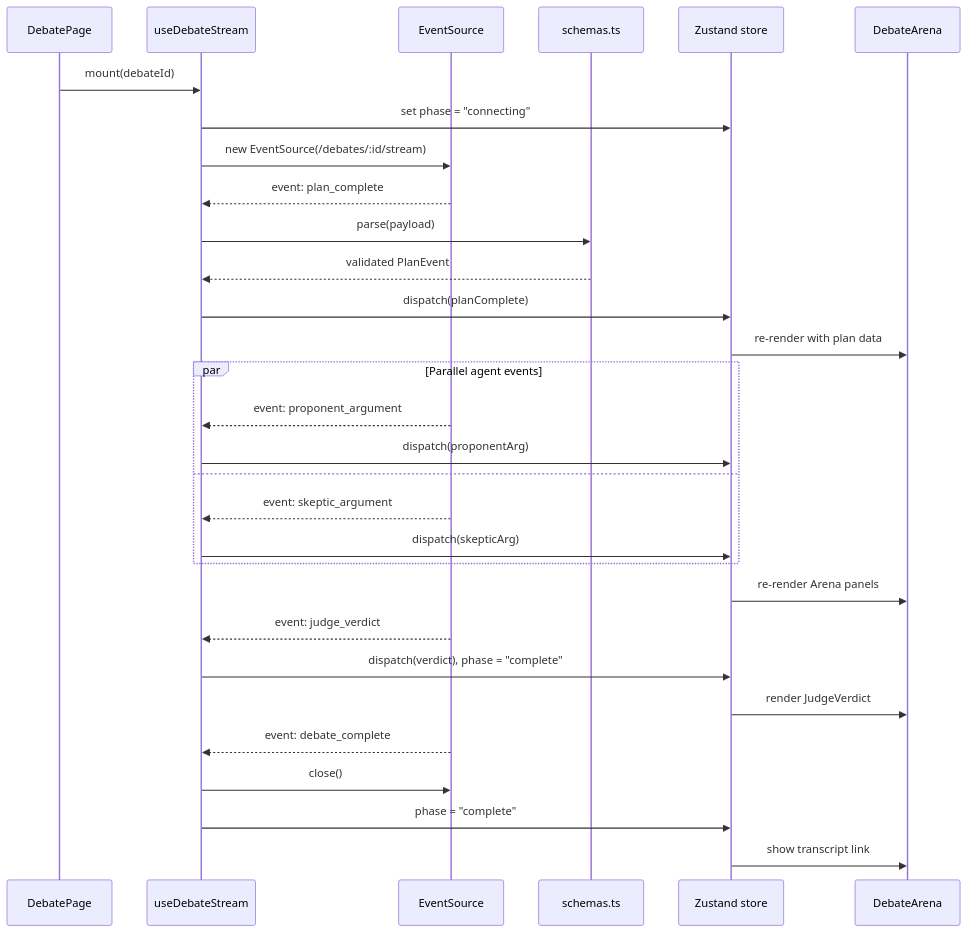
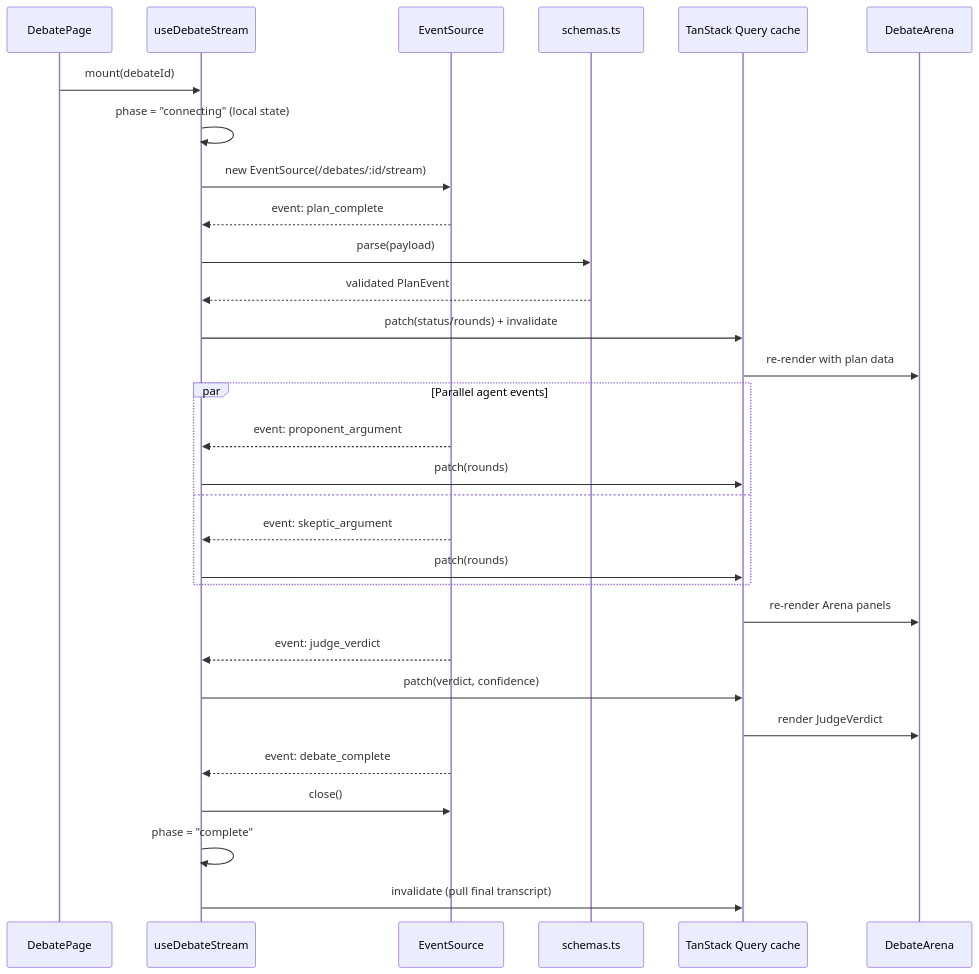
The third of 3 diagrams in docs/ARCHITECTURE.md (Abdul-Muizz1310/paper-trail-frontend), drawn with Mermaid before and after one commit. The commit also changed other lines of this file and 3 other files, not shown here.

First line of the commit message:
docs: describe the real TanStack Query state; drop unused zustand

````diff
--- a/docs/ARCHITECTURE.md
+++ b/docs/ARCHITECTURE.md
@@ -65,37 +65,37 @@
 ```mermaid
 sequenceDiagram
     participant Page as DebatePage
     participant Hook as useDebateStream
     participant ES as EventSource
     participant Zod as schemas.ts
-    participant Store as Zustand store
+    participant Cache as TanStack Query cache
     participant UI as DebateArena
 
     Page->>Hook: mount(debateId)
-    Hook->>Store: set phase = "connecting"
+    Hook->>Hook: phase = "connecting" (local state)
     Hook->>ES: new EventSource(/debates/:id/stream)
 
     ES-->>Hook: event: plan_complete
     Hook->>Zod: parse(payload)
     Zod-->>Hook: validated PlanEvent
-    Hook->>Store: dispatch(planComplete)
-    Store->>UI: re-render with plan data
+    Hook->>Cache: patch(status/rounds) + invalidate
+    Cache->>UI: re-render with plan data
 
     par Parallel agent events
         ES-->>Hook: event: proponent_argument
-        Hook->>Store: dispatch(proponentArg)
+        Hook->>Cache: patch(rounds)
     and
         ES-->>Hook: event: skeptic_argument
-        Hook->>Store: dispatch(skepticArg)
+        Hook->>Cache: patch(rounds)
     end
-    Store->>UI: re-render Arena panels
+    Cache->>UI: re-render Arena panels
 
     ES-->>Hook: event: judge_verdict
-    Hook->>Store: dispatch(verdict), phase = "complete"
-    Store->>UI: render JudgeVerdict
+    Hook->>Cache: patch(verdict, confidence)
+    Cache->>UI: render JudgeVerdict
 
     ES-->>Hook: event: debate_complete
     Hook->>ES: close()
-    Hook->>Store: phase = "complete"
-    Store->>UI: show transcript link
+    Hook->>Hook: phase = "complete"
+    Hook->>Cache: invalidate (pull final transcript)
 ```
````
